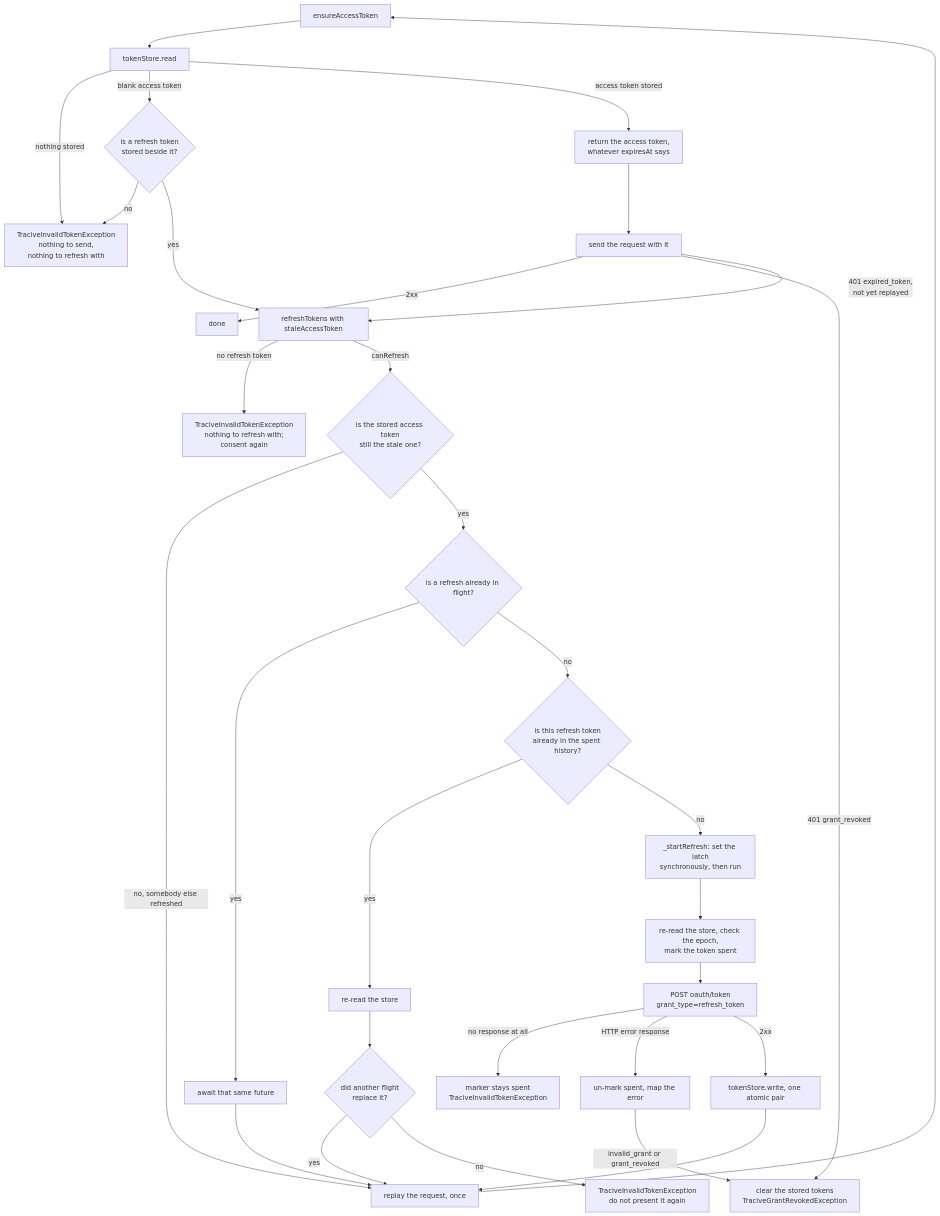
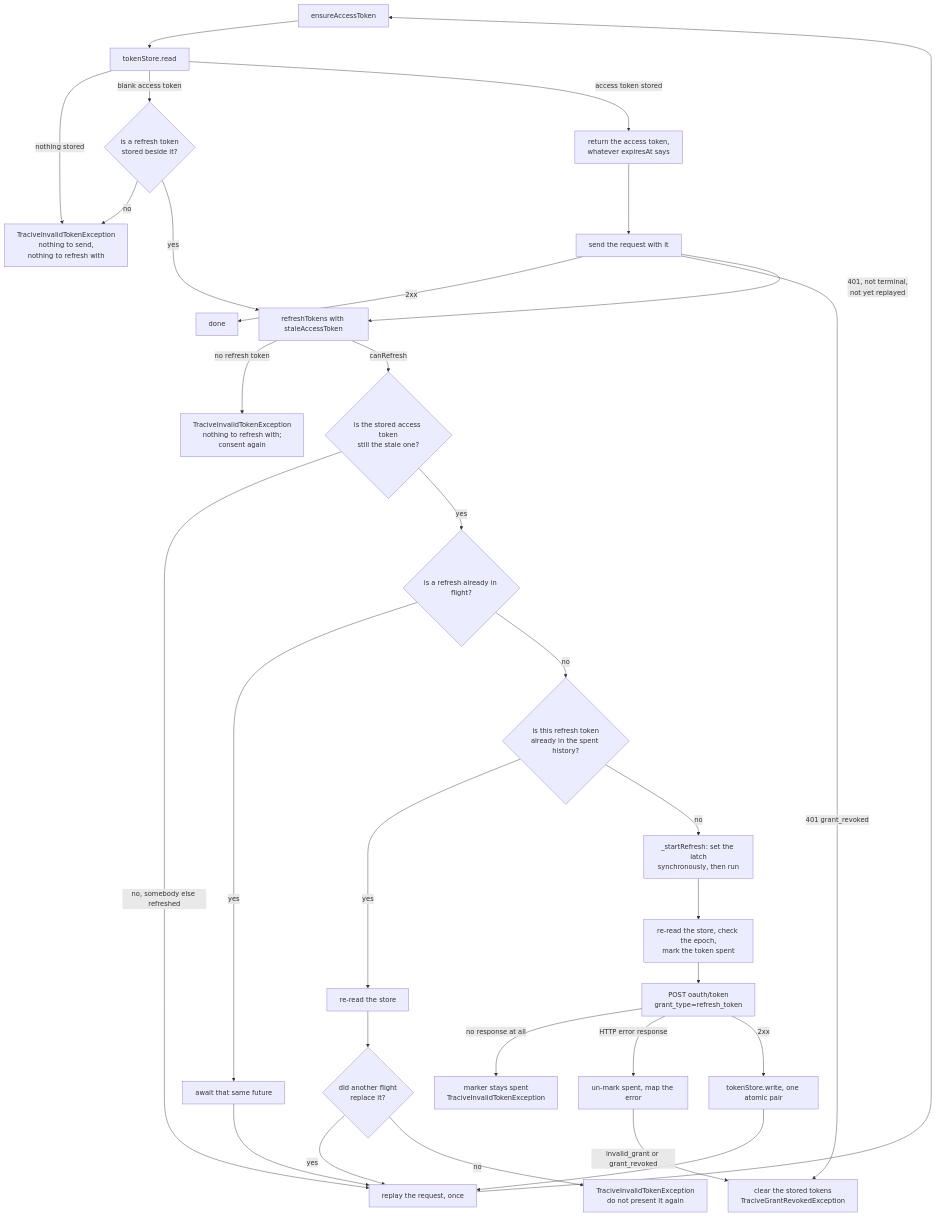
One commit to pleistocent/tracive-sdk-flutter changed the third of 5 diagrams in doc/architecture.md. Above: the diagram before and after it, drawn with Mermaid. The commit also changed other lines of this file and 5 other files, not shown here.

````diff
--- a/doc/architecture.md
+++ b/doc/architecture.md
@@ -146,58 +147,58 @@
 ```mermaid
 flowchart TD
     Start["ensureAccessToken"]
     Read["tokenStore.read"]
     Blank{"is a refresh token<br/>stored beside it?"}
     NoToken["TraciveInvalidTokenException<br/>nothing to send,<br/>nothing to refresh with"]
     Use["return the access token,<br/>whatever expiresAt says"]
     Send["send the request with it"]
     Done["done"]
     Replay["replay the request, once"]
     Refresh["refreshTokens with staleAccessToken"]
     NoRefresh["TraciveInvalidTokenException<br/>nothing to refresh with;<br/>consent again"]
     Stale{"is the stored access token<br/>still the stale one?"}
     Latch{"is a refresh already in flight?"}
     Join["await that same future"]
     Spent{"is this refresh token<br/>already in the spent history?"}
     Reread["re-read the store"]
     Replaced{"did another flight<br/>replace it?"}
     DeadEnd["TraciveInvalidTokenException<br/>do not present it again"]
     Flight["_startRefresh: set the latch<br/>synchronously, then run"]
     Perform["re-read the store, check the epoch,<br/>mark the token spent"]
     Post["POST oauth/token<br/>grant_type=refresh_token"]
     NoAnswer["marker stays spent<br/>TraciveInvalidTokenException"]
     HttpError["un-mark spent, map the error"]
     Revoked["clear the stored tokens<br/>TraciveGrantRevokedException"]
     Write["tokenStore.write, one atomic pair"]
 
     Start --> Read
     Read -->|"nothing stored"| NoToken
     Read -->|"blank access token"| Blank
     Read -->|"access token stored"| Use
     Blank -->|"no"| NoToken
     Blank -->|"yes"| Refresh
     Use --> Send
     Send -->|"2xx"| Done
     Send -->|"401 grant_revoked"| Revoked
-    Send -->|"401 expired_token,<br/>not yet replayed"| Refresh
+    Send -->|"401, not terminal,<br/>not yet replayed"| Refresh
     Refresh -->|"no refresh token"| NoRefresh
     Refresh -->|"canRefresh"| Stale
     Stale -->|"no, somebody else refreshed"| Replay
     Stale -->|"yes"| Latch
     Latch -->|"yes"| Join
     Join --> Replay
     Latch -->|"no"| Spent
     Spent -->|"yes"| Reread
     Reread --> Replaced
     Replaced -->|"yes"| Replay
     Replaced -->|"no"| DeadEnd
     Spent -->|"no"| Flight
     Flight --> Perform
     Perform --> Post
     Post -->|"no response at all"| NoAnswer
     Post -->|"HTTP error response"| HttpError
     HttpError -->|"invalid_grant or grant_revoked"| Revoked
     Post -->|"2xx"| Write
     Write --> Replay
     Replay --> Start
 ```
````
